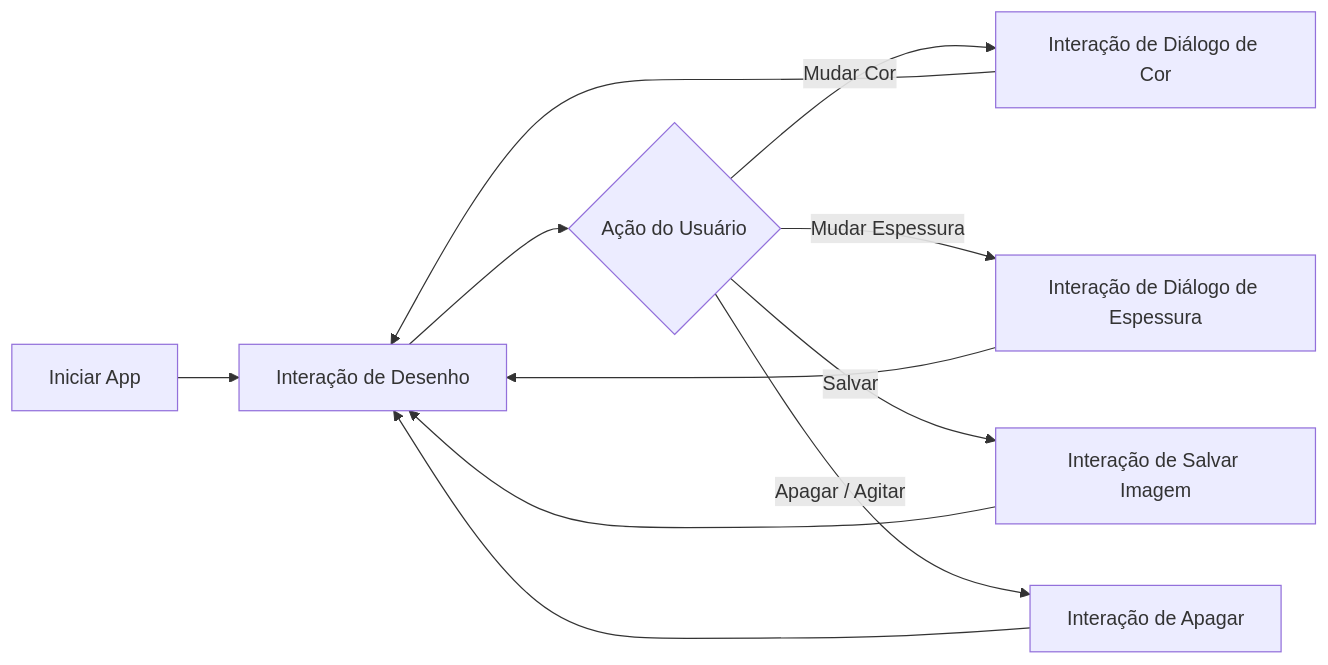
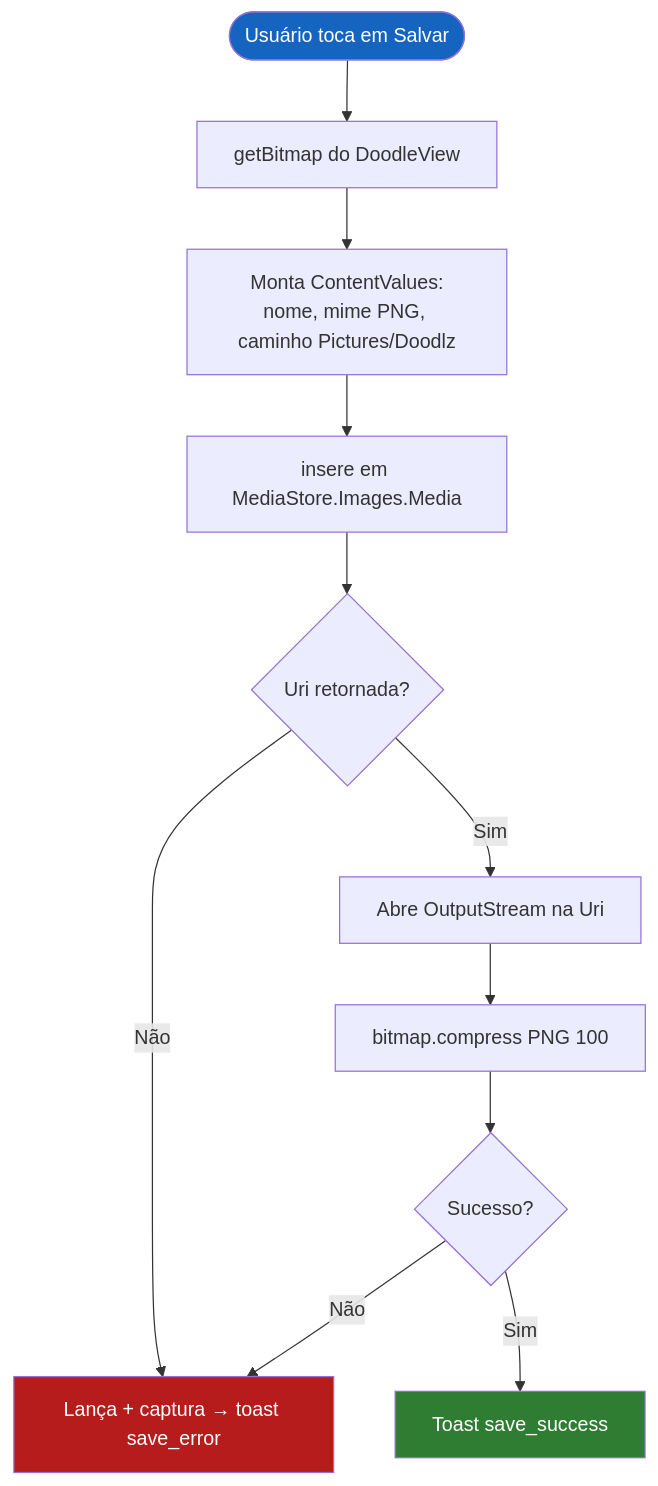
The fifth of 7 diagrams in README_PT.md (VictorHJesusSantiago/Doodlz), drawn with Mermaid before and after one commit. The commit also changed other lines of this file and 2 other files, not shown here.

````diff
--- a/README_PT.md
+++ b/README_PT.md
@@ -690,13 +660,17 @@
 ```mermaid
-graph LR
-    A[Iniciar App] --> B[Interação de Desenho]
-    B --> C{Ação do Usuário}
-    C -->|Mudar Cor| D[Interação de Diálogo de Cor]
-    C -->|Mudar Espessura| E[Interação de Diálogo de Espessura]
-    C -->|Salvar| F[Interação de Salvar Imagem]
-    C -->|Apagar / Agitar| G[Interação de Apagar]
-    D --> B
-    E --> B
-    F --> B
-    G --> B
+flowchart TD
+    A([Usuário toca em Salvar]) --> B[getBitmap do DoodleView]
+    B --> C[Monta ContentValues:<br/>nome, mime PNG, caminho Pictures/Doodlz]
+    C --> D[insere em MediaStore.Images.Media]
+    D --> E{Uri retornada?}
+    E -- Não --> F[Lança + captura → toast save_error]
+    E -- Sim --> G[Abre OutputStream na Uri]
+    G --> H[bitmap.compress PNG 100]
+    H --> I{Sucesso?}
+    I -- Não --> F
+    I -- Sim --> J[Toast save_success]
+
+    style A fill:#1565C0,color:#fff
+    style J fill:#2E7D32,color:#fff
+    style F fill:#B71C1C,color:#fff
 ```
````
